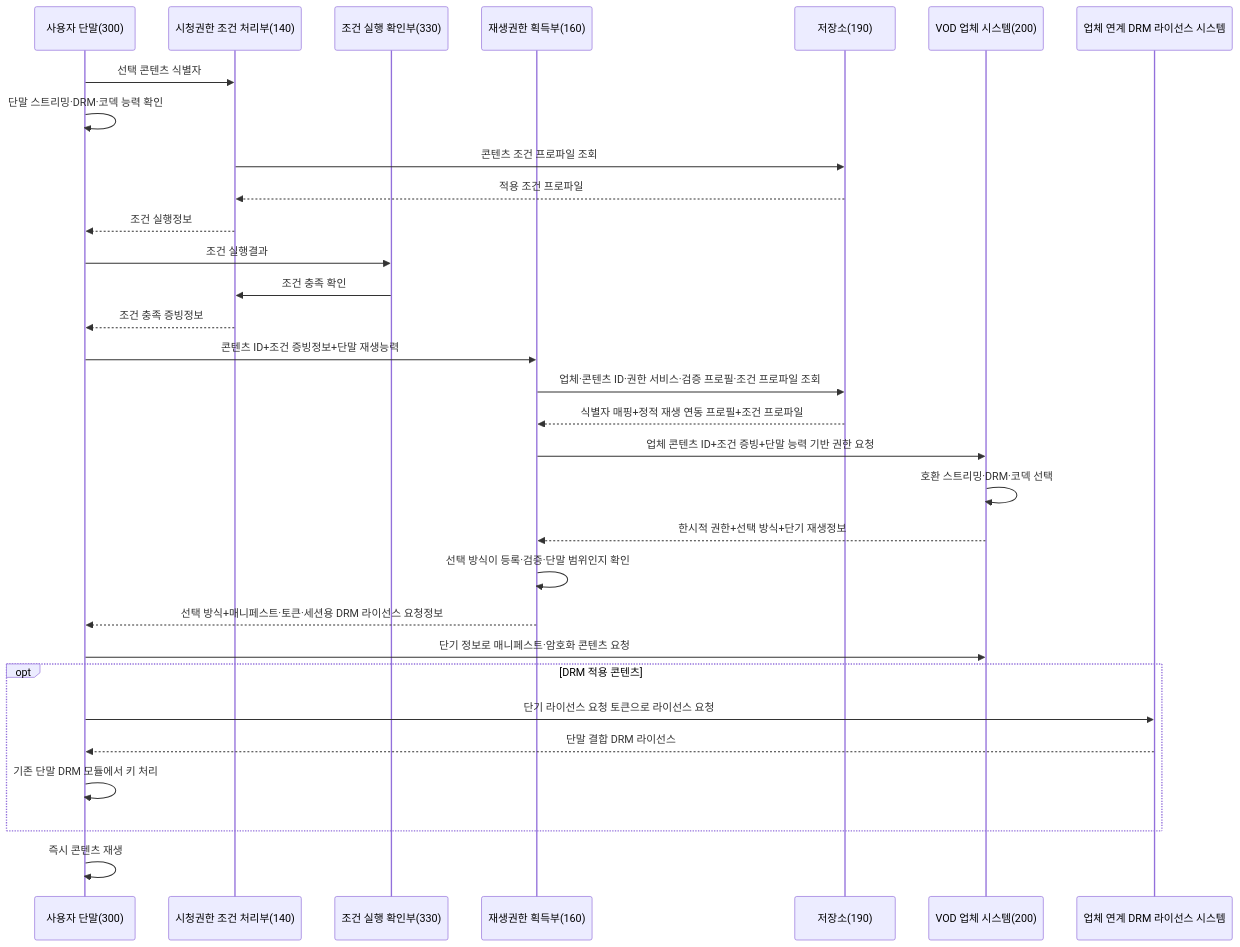
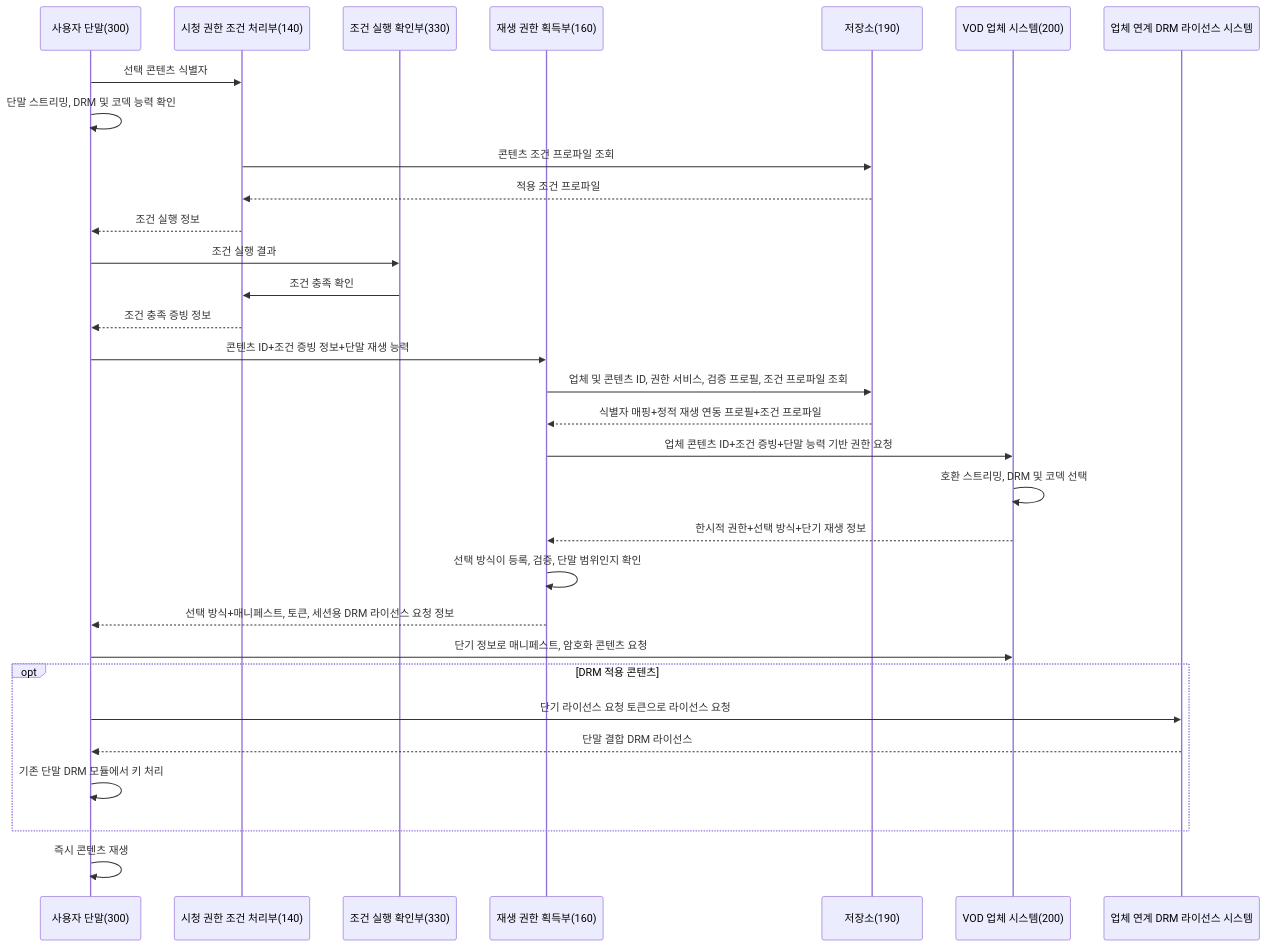
One commit to growdai1y/instant-play changed the tenth of 11 diagrams in instant_play_직무발명서.md. Above: the diagram before and after it, drawn with Mermaid. The commit also changed other lines of this file, not shown here.

Commit message:
Polish invention disclosure wording and diagrams

````diff
--- a/instant_play_직무발명서.md
+++ b/instant_play_직무발명서.md
@@ -1129,34 +1301,34 @@
 ```mermaid
 sequenceDiagram
     participant D as 사용자 단말(300)
-    participant C as 시청권한 조건 처리부(140)
+    participant C as 시청 권한 조건 처리부(140)
     participant E as 조건 실행 확인부(330)
-    participant G as 재생권한 획득부(160)
+    participant G as 재생 권한 획득부(160)
     participant S as 저장소(190)
     participant V as VOD 업체 시스템(200)
     participant L as 업체 연계 DRM 라이선스 시스템
 
     D->>C: 선택 콘텐츠 식별자
-    D->>D: 단말 스트리밍·DRM·코덱 능력 확인
+    D->>D: 단말 스트리밍, DRM 및 코덱 능력 확인
     C->>S: 콘텐츠 조건 프로파일 조회
     S-->>C: 적용 조건 프로파일
-    C-->>D: 조건 실행정보
-    D->>E: 조건 실행결과
+    C-->>D: 조건 실행 정보
+    D->>E: 조건 실행 결과
     E->>C: 조건 충족 확인
-    C-->>D: 조건 충족 증빙정보
-    D->>G: 콘텐츠 ID+조건 증빙정보+단말 재생능력
-    G->>S: 업체·콘텐츠 ID·권한 서비스·검증 프로필·조건 프로파일 조회
+    C-->>D: 조건 충족 증빙 정보
+    D->>G: 콘텐츠 ID+조건 증빙 정보+단말 재생 능력
+    G->>S: 업체 및 콘텐츠 ID, 권한 서비스, 검증 프로필, 조건 프로파일 조회
     S-->>G: 식별자 매핑+정적 재생 연동 프로필+조건 프로파일
     G->>V: 업체 콘텐츠 ID+조건 증빙+단말 능력 기반 권한 요청
-    V->>V: 호환 스트리밍·DRM·코덱 선택
-    V-->>G: 한시적 권한+선택 방식+단기 재생정보
-    G->>G: 선택 방식이 등록·검증·단말 범위인지 확인
-    G-->>D: 선택 방식+매니페스트·토큰·세션용 DRM 라이선스 요청정보
-    D->>V: 단기 정보로 매니페스트·암호화 콘텐츠 요청
+    V->>V: 호환 스트리밍, DRM 및 코덱 선택
+    V-->>G: 한시적 권한+선택 방식+단기 재생 정보
+    G->>G: 선택 방식이 등록, 검증, 단말 범위인지 확인
+    G-->>D: 선택 방식+매니페스트, 토큰, 세션용 DRM 라이선스 요청 정보
+    D->>V: 단기 정보로 매니페스트, 암호화 콘텐츠 요청
     opt DRM 적용 콘텐츠
         D->>L: 단기 라이선스 요청 토큰으로 라이선스 요청
         L-->>D: 단말 결합 DRM 라이선스
         D->>D: 기존 단말 DRM 모듈에서 키 처리
     end
     D->>D: 즉시 콘텐츠 재생
 ```
````
